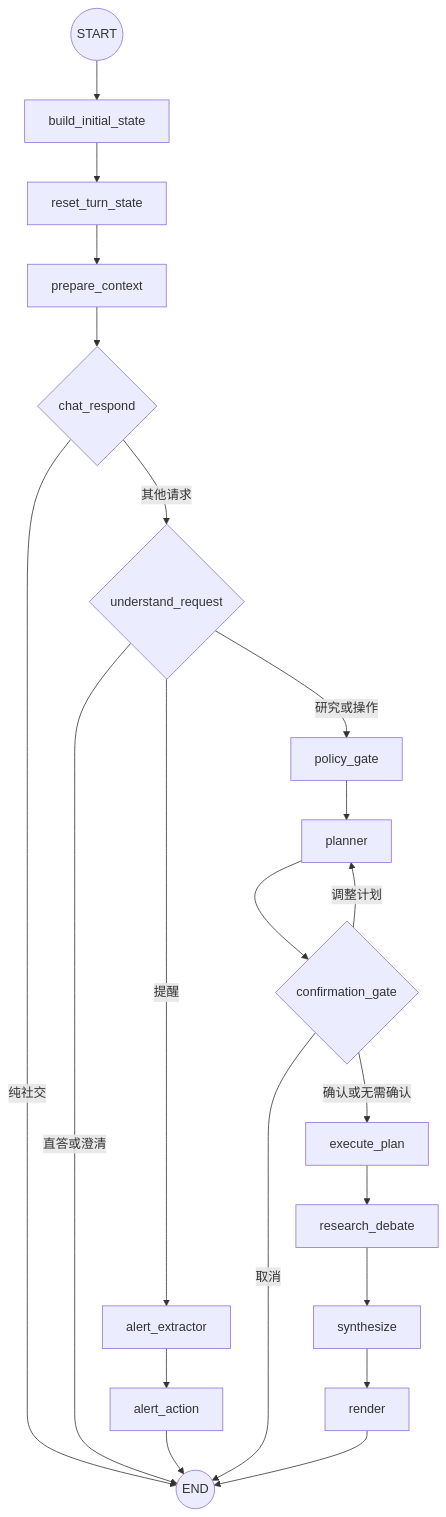
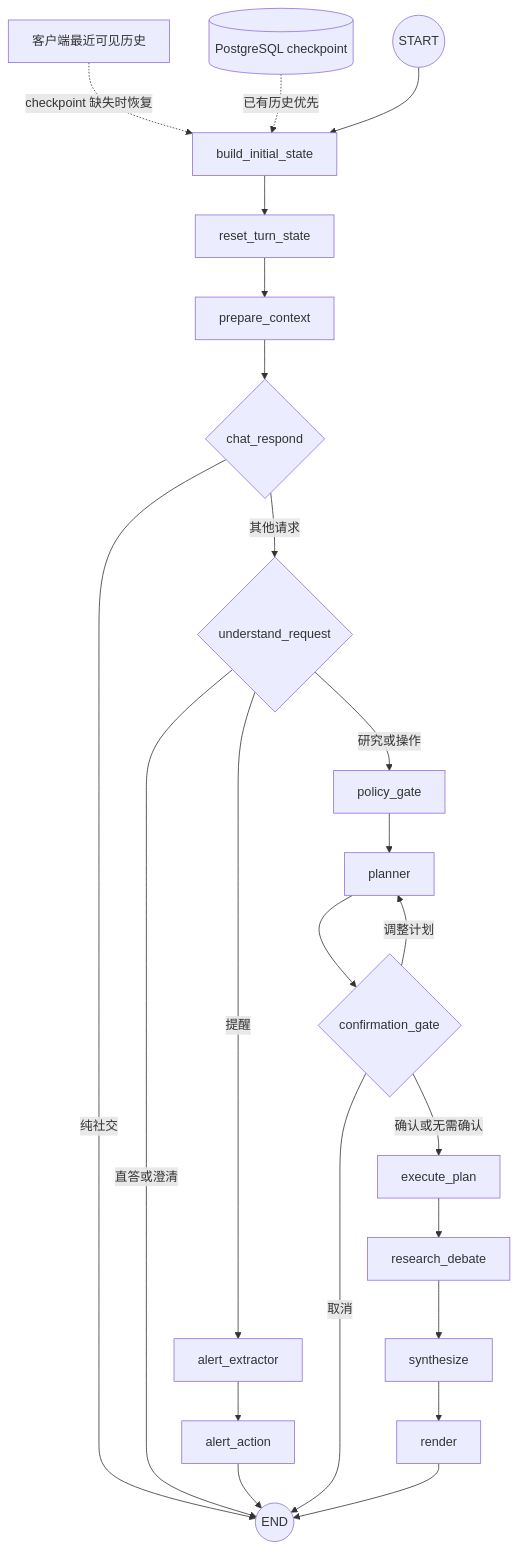
The diagram in docs/LANGGRAPH_FLOW.md (kkkano/FinSight), drawn with Mermaid before and after one commit. The commit also changed other lines of this file and 29 other files, not shown here.

````diff
--- a/docs/LANGGRAPH_FLOW.md
+++ b/docs/LANGGRAPH_FLOW.md
@@ -7,16 +7,18 @@
 ```mermaid
 flowchart TD
+    UIH[客户端最近可见历史] -. checkpoint 缺失时恢复 .-> INIT
+    CP[(PostgreSQL checkpoint)] -. 已有历史优先 .-> INIT
     S((START)) --> INIT[build_initial_state]
     INIT --> RESET[reset_turn_state]
     RESET --> PREP[prepare_context]
     PREP --> CHAT{chat_respond}
     CHAT -->|纯社交| E((END))
     CHAT -->|其他请求| U{understand_request}
     U -->|直答或澄清| E
     U -->|提醒| AX[alert_extractor] --> AA[alert_action] --> E
     U -->|研究或操作| PG[policy_gate] --> PL[planner] --> CG{confirmation_gate}
     CG -->|取消| E
     CG -->|调整计划| PL
     CG -->|确认或无需确认| EX[execute_plan]
     EX --> DB[research_debate] --> SY[synthesize] --> RE[render] --> E
 ```
````
